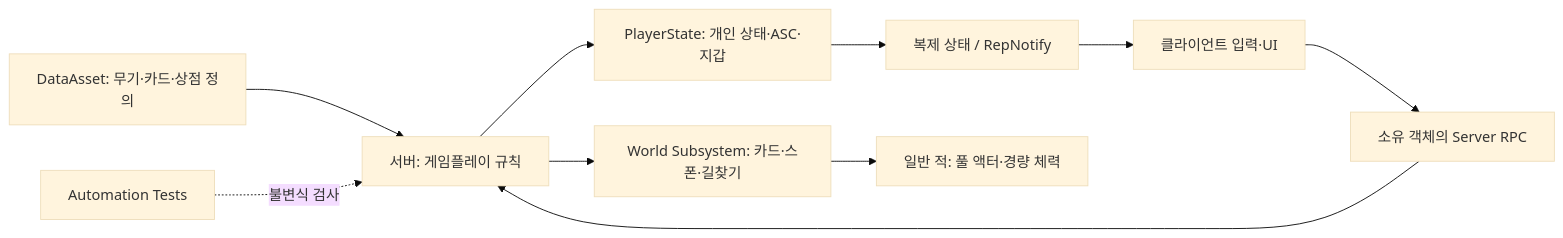
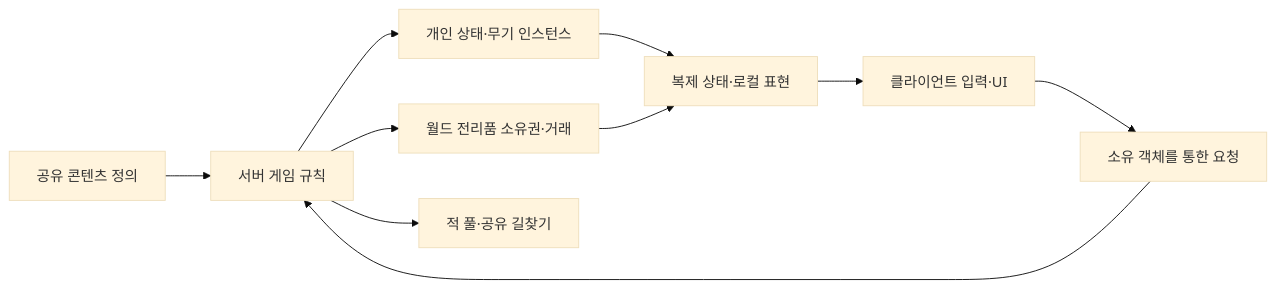
One commit to Hato-1998/FPSRoguelite-Portfolio changed the diagram in README.md. Above: the diagram before and after it, drawn with Mermaid (base theme). The commit also changed other lines of this file and 9 other files, not shown here.

````diff
--- a/README.md
+++ b/README.md
@@ -27,12 +32,12 @@
 ```mermaid
 flowchart LR
-    Data["DataAsset: 무기·카드·상점 정의"] --> Rules["서버: 게임플레이 규칙"]
-    Client["클라이언트 입력·UI"] --> Request["소유 객체의 Server RPC"]
+    Data["공유 콘텐츠 정의"] --> Rules["서버 게임 규칙"]
+    Input["클라이언트 입력·UI"] --> Request["소유 객체를 통한 요청"]
     Request --> Rules
-    Rules --> Player["PlayerState: 개인 상태·ASC·지갑"]
-    Rules --> World["World Subsystem: 카드·스폰·길찾기"]
-    Player --> Replication["복제 상태 / RepNotify"]
-    Replication --> Client
-    World --> Swarm["일반 적: 풀 액터·경량 체력"]
-    Tests["Automation Tests"] -. "불변식 검사" .-> Rules
+    Rules --> Personal["개인 상태·무기 인스턴스"]
+    Rules --> Ledger["월드 전리품 소유권·거래"]
+    Rules --> Swarm["적 풀·공유 길찾기"]
+    Personal --> View["복제 상태·로컬 표현"]
+    Ledger --> View
+    View --> Input
 ```
````
